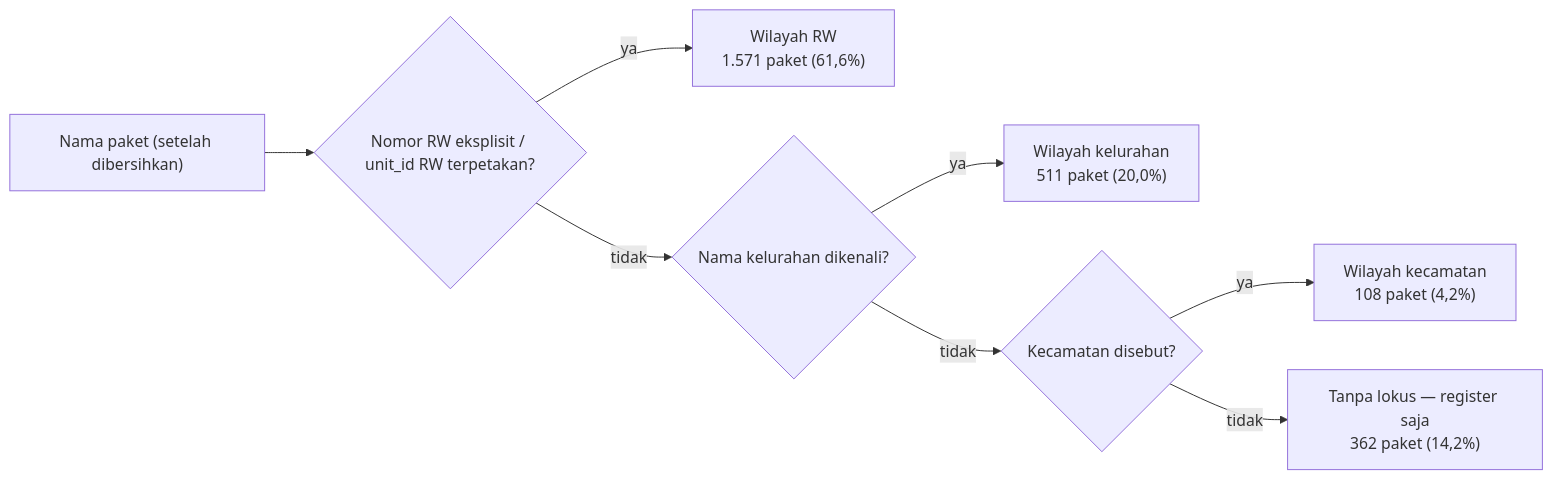
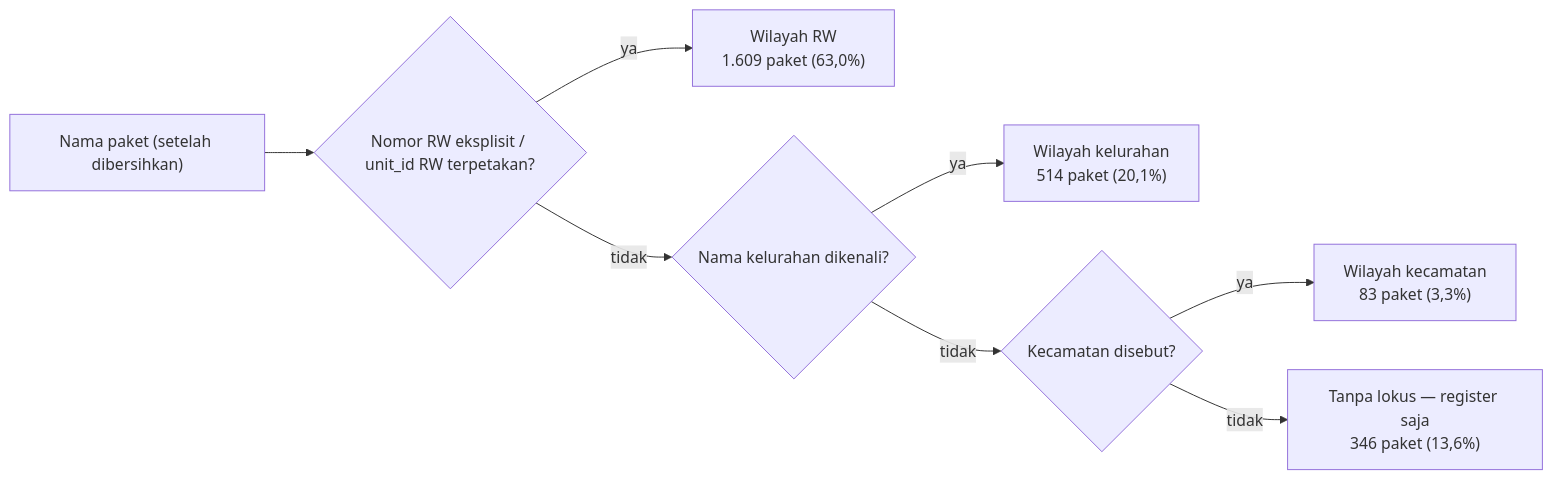
One commit to repyh/saksi changed the diagram in docs/SPEC.md. Above: the diagram before and after it, drawn with Mermaid. The commit also changed other lines of this file and 11 other files, not shown here.

````diff
--- a/docs/SPEC.md
+++ b/docs/SPEC.md
@@ -76,10 +76,10 @@
 ```mermaid
 flowchart LR
   TXT["Nama paket (setelah dibersihkan)"] --> RW{"Nomor RW eksplisit / unit_id RW terpetakan?"}
-  RW -->|ya| T1["Wilayah RW<br/>1.571 paket (61,6%)"]
+  RW -->|ya| T1["Wilayah RW<br/>1.609 paket (63,0%)"]
   RW -->|tidak| KEL{"Nama kelurahan dikenali?"}
-  KEL -->|ya| T2["Wilayah kelurahan<br/>511 paket (20,0%)"]
+  KEL -->|ya| T2["Wilayah kelurahan<br/>514 paket (20,1%)"]
   KEL -->|tidak| KEC{"Kecamatan disebut?"}
-  KEC -->|ya| T3["Wilayah kecamatan<br/>108 paket (4,2%)"]
-  KEC -->|tidak| T4["Tanpa lokus — register saja<br/>362 paket (14,2%)"]
+  KEC -->|ya| T3["Wilayah kecamatan<br/>83 paket (3,3%)"]
+  KEC -->|tidak| T4["Tanpa lokus — register saja<br/>346 paket (13,6%)"]
 ```
````
